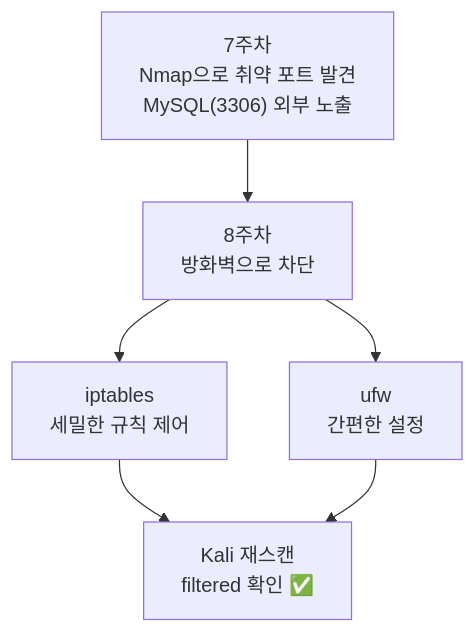
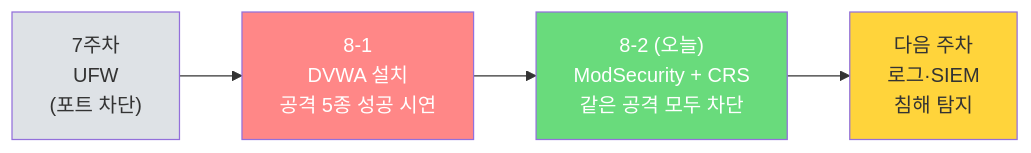
The fourth of 4 diagrams in _posts/securitysystem/2026-03-26-SecuritySystem-8-2.md (sbaek100/sbaek100.github.io), drawn with Mermaid before and after one commit. The commit also changed other lines of this file and 3 other files, not shown here.

````diff
--- a/_posts/securitysystem/2026-03-26-SecuritySystem-8-2.md
+++ b/_posts/securitysystem/2026-03-26-SecuritySystem-8-2.md
@@ -304,8 +821,10 @@
 ```mermaid
-flowchart TD
-    A["7주차<br/>Nmap으로 취약 포트 발견<br/>MySQL(3306) 외부 노출"] --> B["8주차<br/>방화벽으로 차단"]
-    B --> C["iptables<br/>세밀한 규칙 제어"]
-    B --> D["ufw<br/>간편한 설정"]
-    C --> E["Kali 재스캔<br/>filtered 확인 ✅"]
-    D --> E
+flowchart LR
+    W7["7주차<br/>UFW<br/>(포트 차단)"] --> W81["8-1<br/>DVWA 설치<br/>공격 5종 성공 시연"]
+    W81 --> W82["8-2 (오늘)<br/>ModSecurity + CRS<br/>같은 공격 모두 차단"]
+    W82 --> NEXT["다음 주차<br/>로그·SIEM<br/>침해 탐지"]
+    style W7 fill:#dee2e6
+    style W81 fill:#ff8787,color:#fff
+    style W82 fill:#69db7c,color:#fff
+    style NEXT fill:#ffd43b,color:#333
 ```
````
